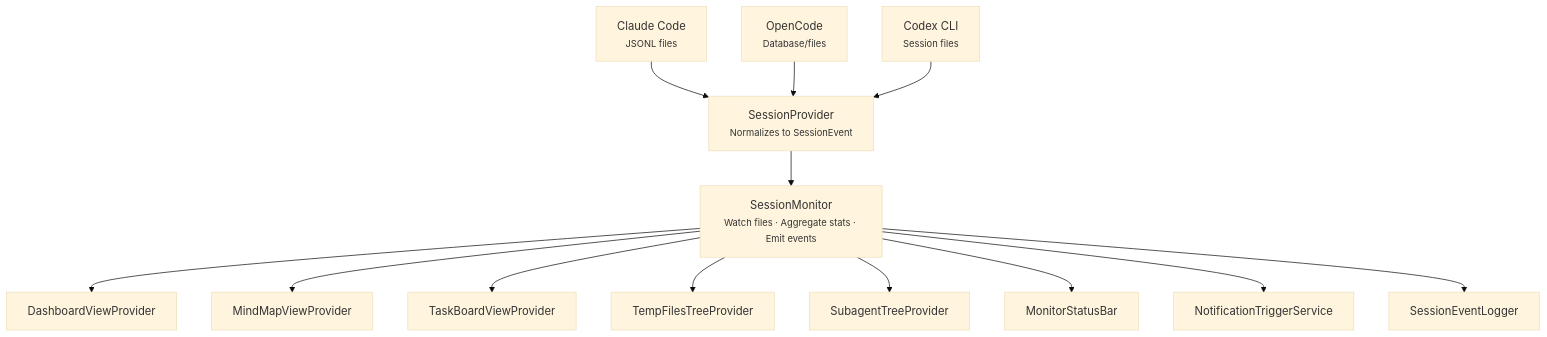
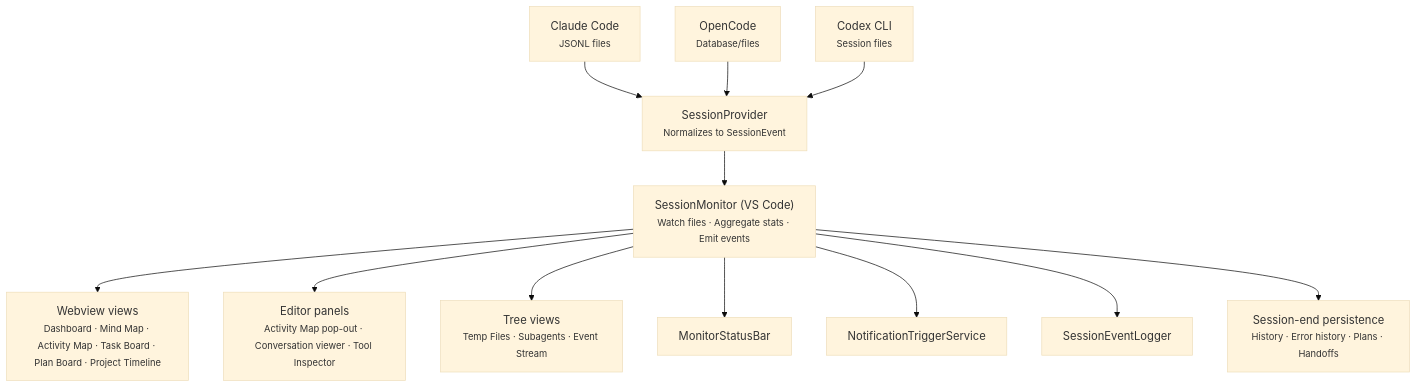
The diagram in docs/architecture/session-pipeline.md (cesarandreslopez/sidekick-agent-hub), drawn with Mermaid (base theme) before and after one commit. The commit also changed other lines of this file and 20 other files, not shown here.

````diff
--- a/docs/architecture/session-pipeline.md
+++ b/docs/architecture/session-pipeline.md
@@ -7,18 +7,17 @@
 ```mermaid
 flowchart TD
     CC["Claude Code<br/><small>JSONL files</small>"] --> SP
     OC["OpenCode<br/><small>Database/files</small>"] --> SP
     CX["Codex CLI<br/><small>Session files</small>"] --> SP
 
     SP["SessionProvider<br/><small>Normalizes to SessionEvent</small>"]
-    SP --> SM["SessionMonitor<br/><small>Watch files · Aggregate stats · Emit events</small>"]
+    SP --> SM["SessionMonitor (VS Code)<br/><small>Watch files · Aggregate stats · Emit events</small>"]
 
-    SM --> Dashboard["DashboardViewProvider"]
-    SM --> MindMap["MindMapViewProvider"]
-    SM --> Kanban["TaskBoardViewProvider"]
-    SM --> Files["TempFilesTreeProvider"]
-    SM --> Agents["SubagentTreeProvider"]
+    SM --> Views["Webview views<br/><small>Dashboard · Mind Map · Activity Map · Task Board · Plan Board · Project Timeline</small>"]
+    SM --> Panels["Editor panels<br/><small>Activity Map pop-out · Conversation viewer · Tool Inspector</small>"]
+    SM --> Trees["Tree views<br/><small>Temp Files · Subagents · Event Stream</small>"]
     SM --> StatusBar["MonitorStatusBar"]
     SM --> Notify["NotificationTriggerService"]
     SM --> Logger["SessionEventLogger"]
+    SM --> Stores["Session-end persistence<br/><small>History · Error history · Plans · Handoffs</small>"]
 ```
````
